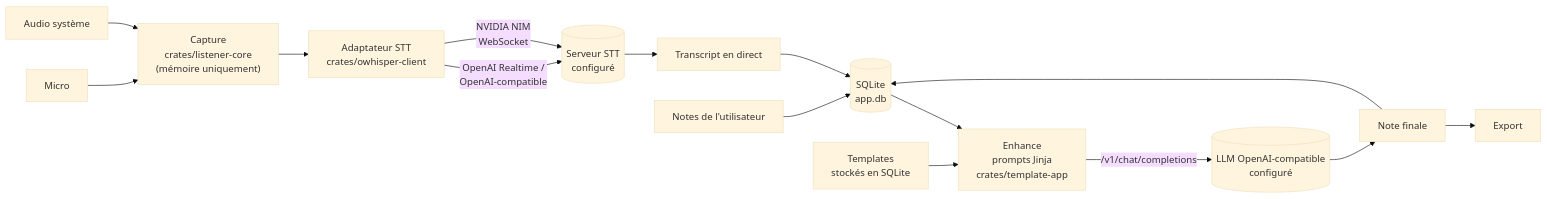
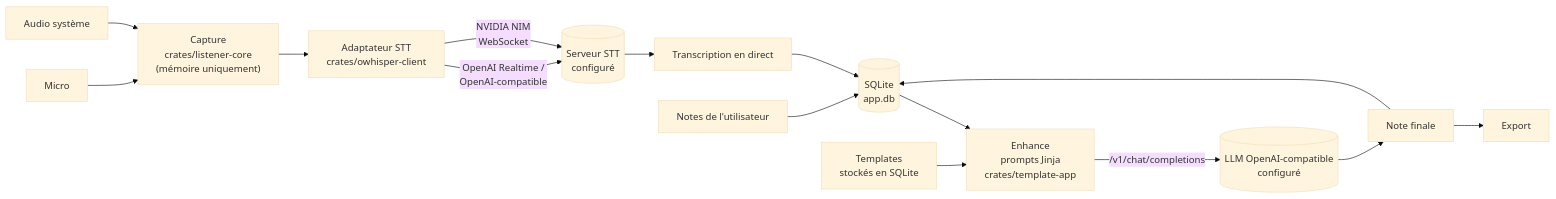
Before and after one commit to WillIsback/syntheo-desktop: the diagram in docs/architecture.mdx, drawn with Mermaid (base theme). The commit also changed other lines of this file and 28 other files, not shown here.

````diff
--- a/docs/architecture.mdx
+++ b/docs/architecture.mdx
@@ -27,17 +27,17 @@
 ```mermaid
 flowchart LR
     MIC[Micro] --> CAP
     SYS[Audio système] --> CAP
     CAP["Capture<br/>crates/listener-core<br/>(mémoire uniquement)"] --> STT
     STT["Adaptateur STT<br/>crates/owhisper-client"] -->|OpenAI Realtime /<br/>OpenAI-compatible| SRV1[(Serveur STT<br/>configuré)]
     STT -->|NVIDIA NIM<br/>WebSocket| SRV1
-    SRV1 --> LIVE[Transcript en direct]
+    SRV1 --> LIVE[Transcription en direct]
     LIVE --> DB[(SQLite<br/>app.db)]
     NOTES[Notes de l'utilisateur] --> DB
     DB --> ENH["Enhance<br/>prompts Jinja<br/>crates/template-app"]
     TPL[Templates<br/>stockés en SQLite] --> ENH
     ENH -->|/v1/chat/completions| LLM[(LLM OpenAI-compatible<br/>configuré)]
     LLM --> FINAL[Note finale]
     FINAL --> DB
     FINAL --> EXP[Export]
 ```
````
